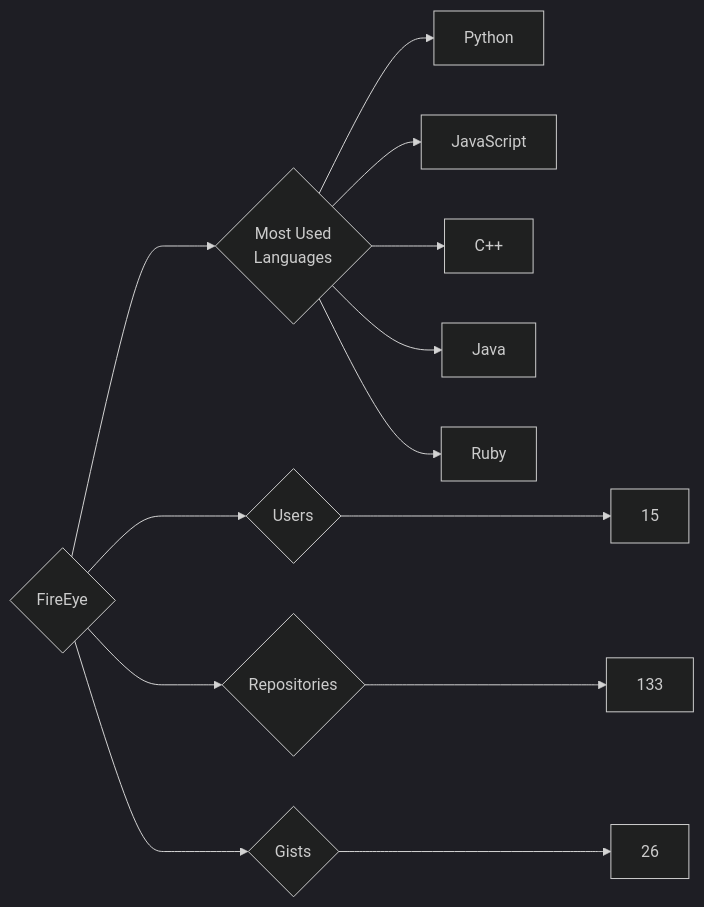
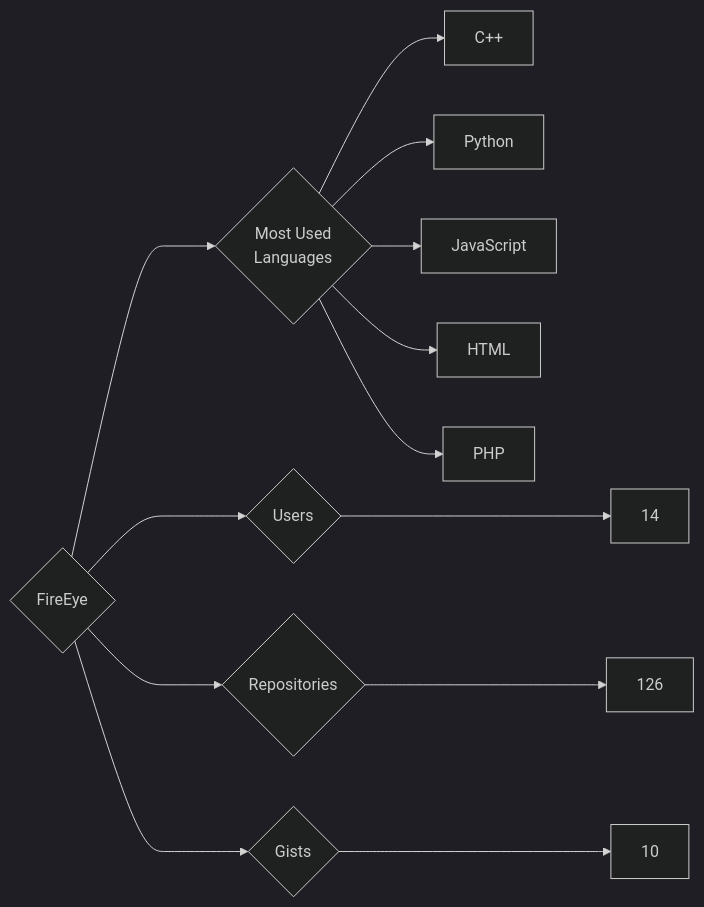
One commit to trickest/insiders changed the diagram in targets/FireEye/README.md. Above: the diagram before and after it, drawn with Mermaid (dark theme). The commit also changed 750 other files, not shown here.

````diff
--- a/targets/FireEye/README.md
+++ b/targets/FireEye/README.md
@@ -3,13 +3,13 @@
 ```mermaid
 graph LR
 COMPANY_NAME{FireEye}
-COMPANY_NAME ---> U{Users} ---> UN[15]
-COMPANY_NAME ---> R{Repositories} ---> RN[133]
-COMPANY_NAME ---> G{Gists} ---> GN[26]
+COMPANY_NAME ---> U{Users} ---> UN[14]
+COMPANY_NAME ---> R{Repositories} ---> RN[126]
+COMPANY_NAME ---> G{Gists} ---> GN[10]
 COMPANY_NAME ---> ML{Most Used<br>Languages}
+ML --> C++[C++]
 ML --> Python[Python]
 ML --> JavaScript[JavaScript]
-ML --> C++[C++]
-ML --> Java[Java]
-ML --> Ruby[Ruby]
+ML --> HTML[HTML]
+ML --> PHP[PHP]
 ```
````
